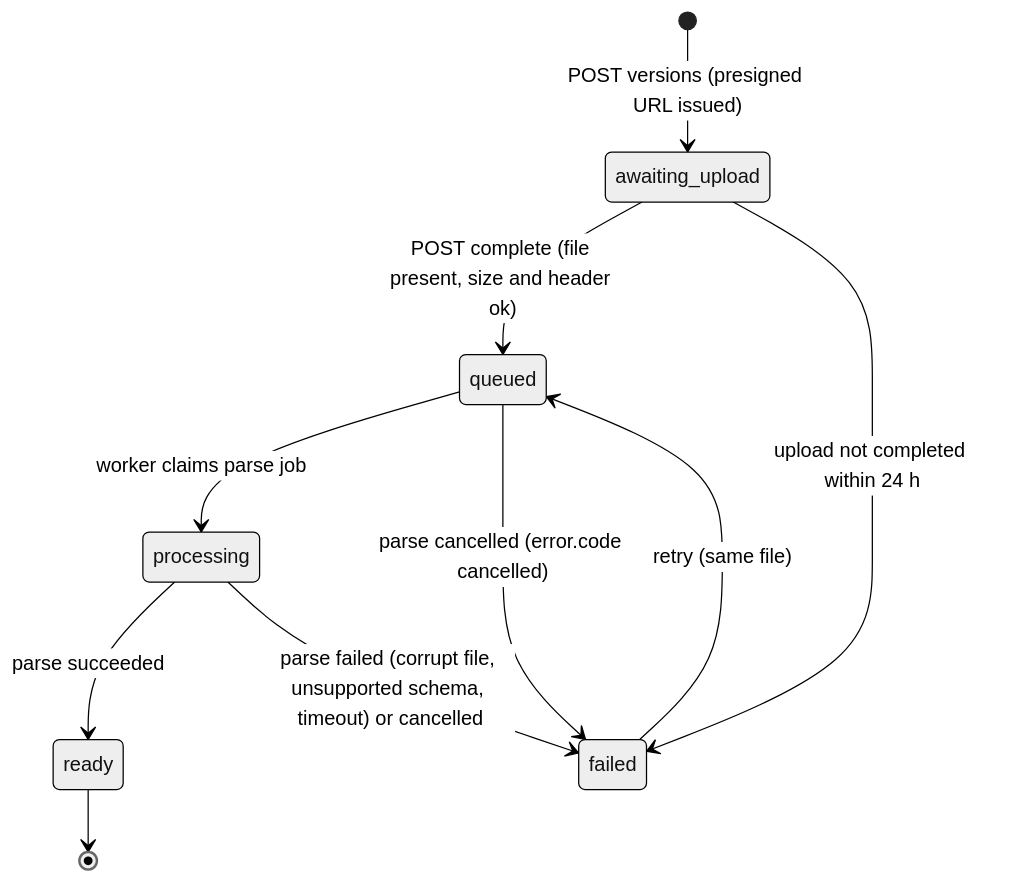
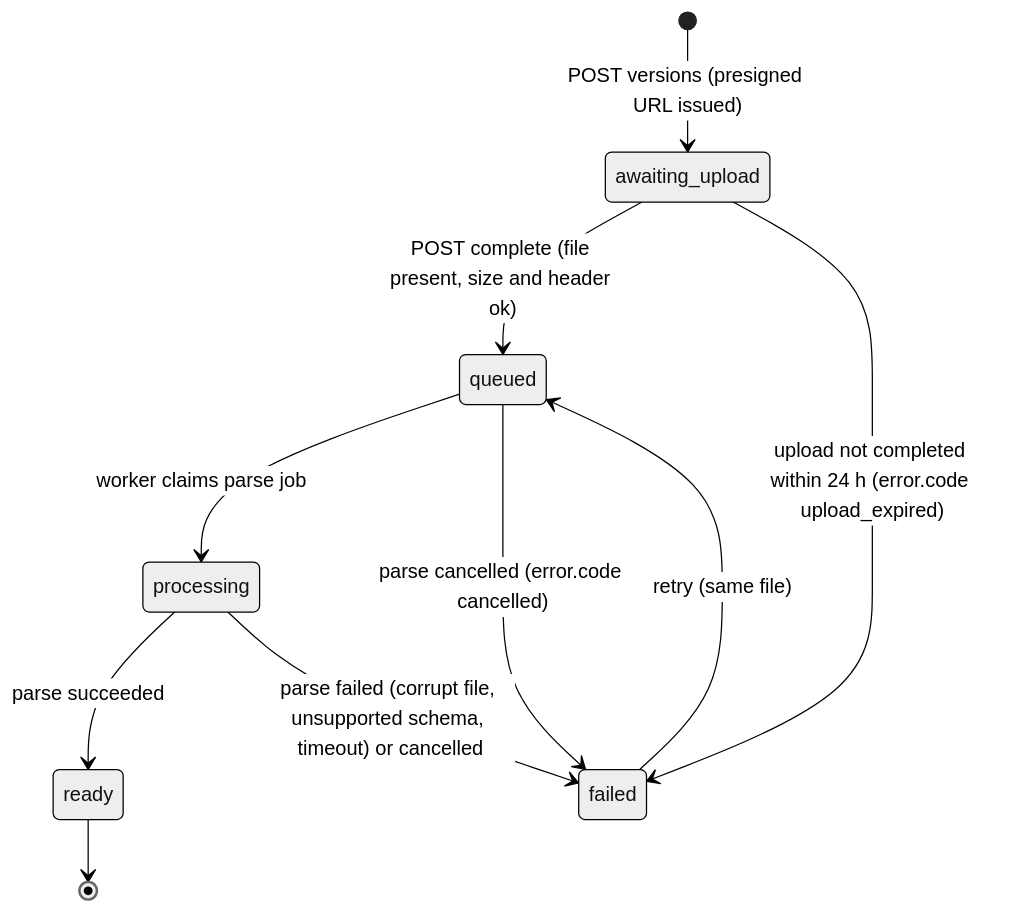
One commit to supersonicstudios22/boqlet changed the first of 11 diagrams in docs/domain/state-machines.md. Above: the diagram before and after it, drawn with Mermaid (neutral theme). The commit also changed other lines of this file and 29 other files, not shown here.

````diff
--- a/docs/domain/state-machines.md
+++ b/docs/domain/state-machines.md
@@ -8,12 +8,12 @@
 ```mermaid
 stateDiagram-v2
   [*] --> awaiting_upload: POST versions (presigned URL issued)
   awaiting_upload --> queued: POST complete (file present, size and header ok)
-  awaiting_upload --> failed: upload not completed within 24 h
+  awaiting_upload --> failed: upload not completed within 24 h (error.code upload_expired)
   queued --> processing: worker claims parse job
   queued --> failed: parse cancelled (error.code cancelled)
   processing --> ready: parse succeeded
   processing --> failed: parse failed (corrupt file, unsupported schema, timeout) or cancelled
   failed --> queued: retry (same file)
   ready --> [*]
 ```
````
